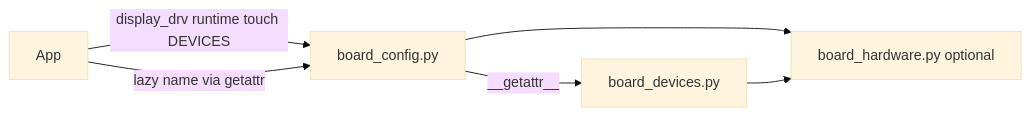
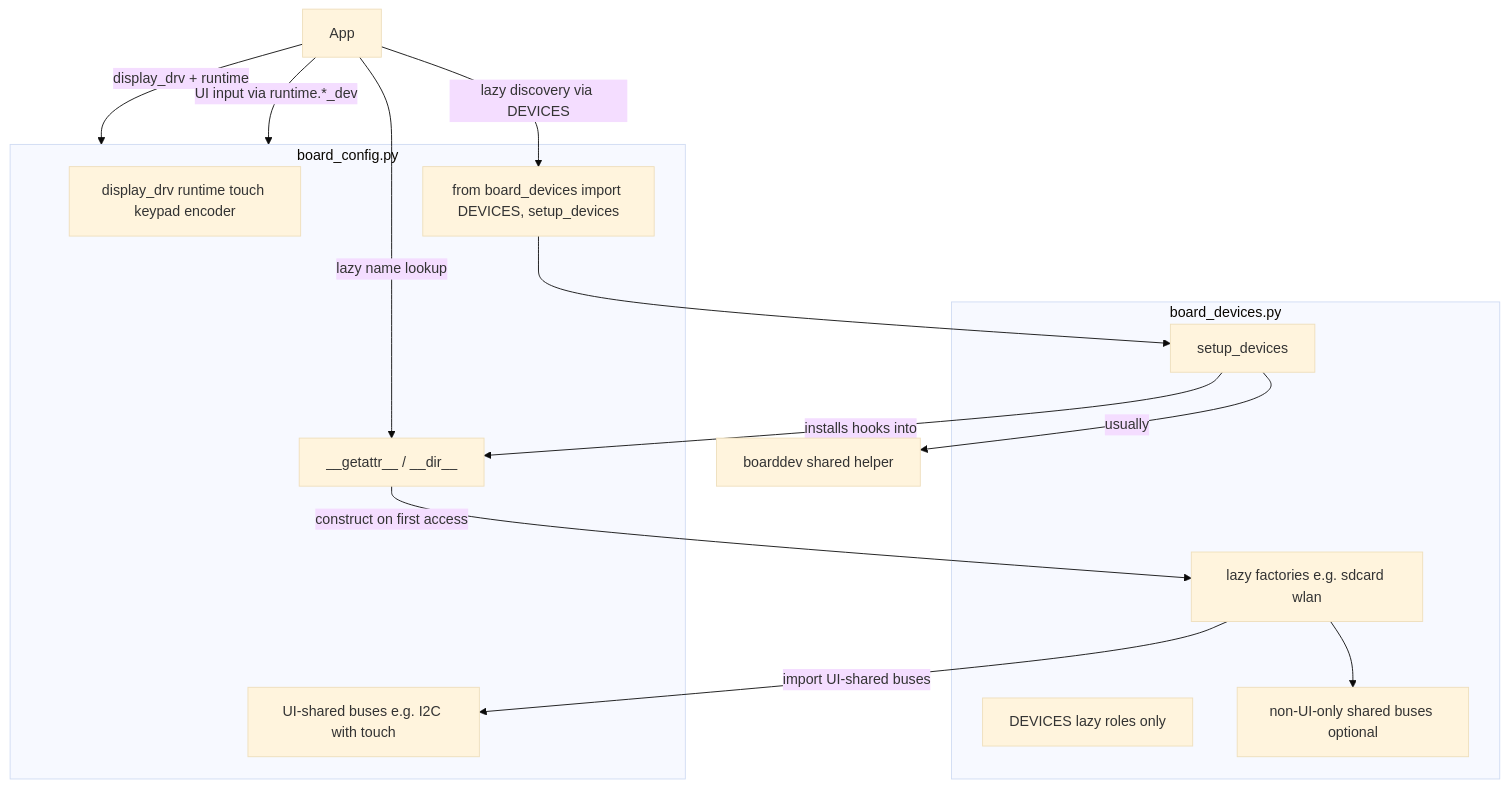
One commit to PyDevices/pydisplay changed the diagram in .cursor/board-device-contract.md. Above: the diagram before and after it, drawn with Mermaid (base theme). The commit also changed other lines of this file and 29 other files, not shown here.

````diff
--- a/.cursor/board-device-contract.md
+++ b/.cursor/board-device-contract.md
@@ -80,12 +102,27 @@
 ```mermaid
-flowchart LR
+flowchart TB
   app[App]
-  bc[board_config.py]
-  bh[board_hardware.py optional]
-  bd[board_devices.py]
-  app -->|"display_drv runtime touch DEVICES"| bc
-  app -->|"lazy name via getattr"| bc
-  bc --> bh
-  bd --> bh
-  bc -->|"__getattr__"| bd
+  subgraph board_config_py [board_config.py]
+    ui[display_drv runtime touch keypad encoder]
+    uiBuses[UI-shared buses e.g. I2C with touch]
+    getattrHook["__getattr__ / __dir__"]
+    importSetup["from board_devices import DEVICES, setup_devices"]
+  end
+  subgraph board_devices_py [board_devices.py]
+    lazySet[DEVICES lazy roles only]
+    setupFn[setup_devices]
+    lazyDevs[lazy factories e.g. sdcard wlan]
+    nonUiBuses[non-UI-only shared buses optional]
+  end
+  boarddev[boarddev shared helper]
+  app -->|"display_drv + runtime"| board_config_py
+  app -->|"UI input via runtime.*_dev"| board_config_py
+  app -->|"lazy discovery via DEVICES"| importSetup
+  app -->|"lazy name lookup"| getattrHook
+  importSetup --> setupFn
+  setupFn -->|"usually"| boarddev
+  setupFn -->|"installs hooks into"| getattrHook
+  getattrHook -->|"construct on first access"| lazyDevs
+  lazyDevs -->|"import UI-shared buses"| uiBuses
+  lazyDevs --> nonUiBuses
 ```
````
